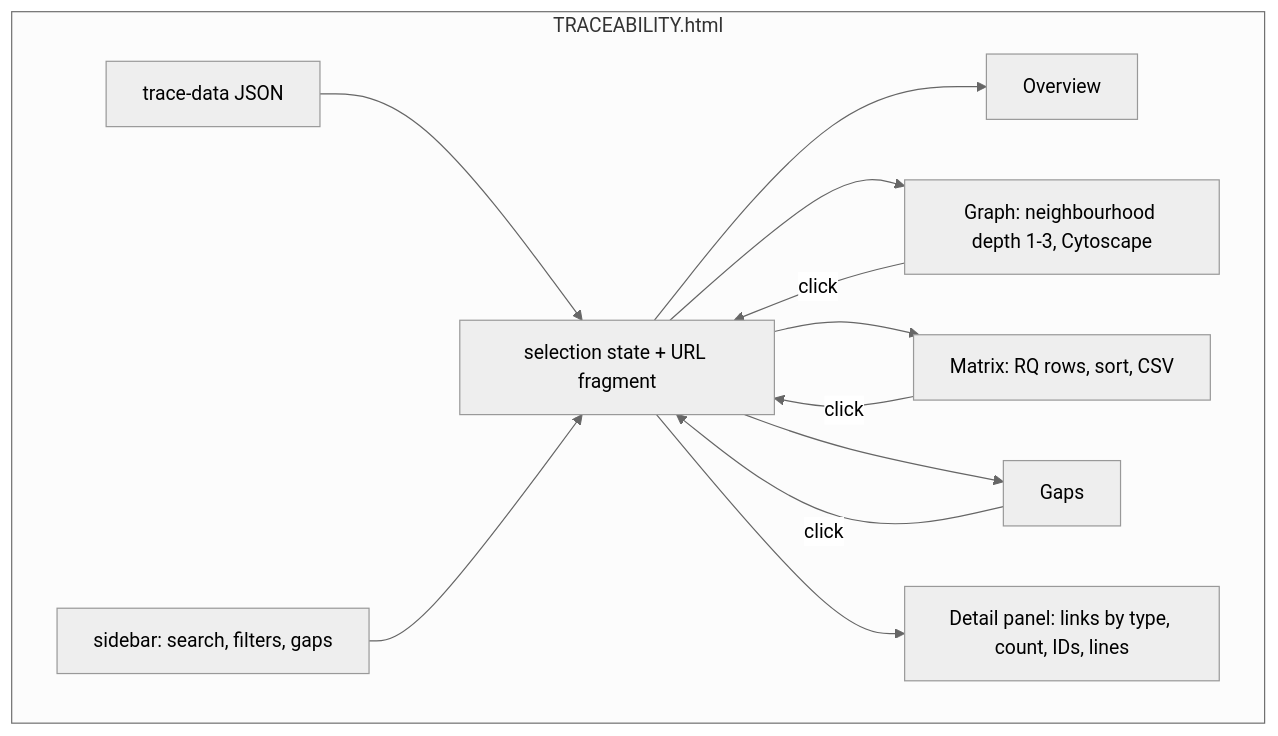
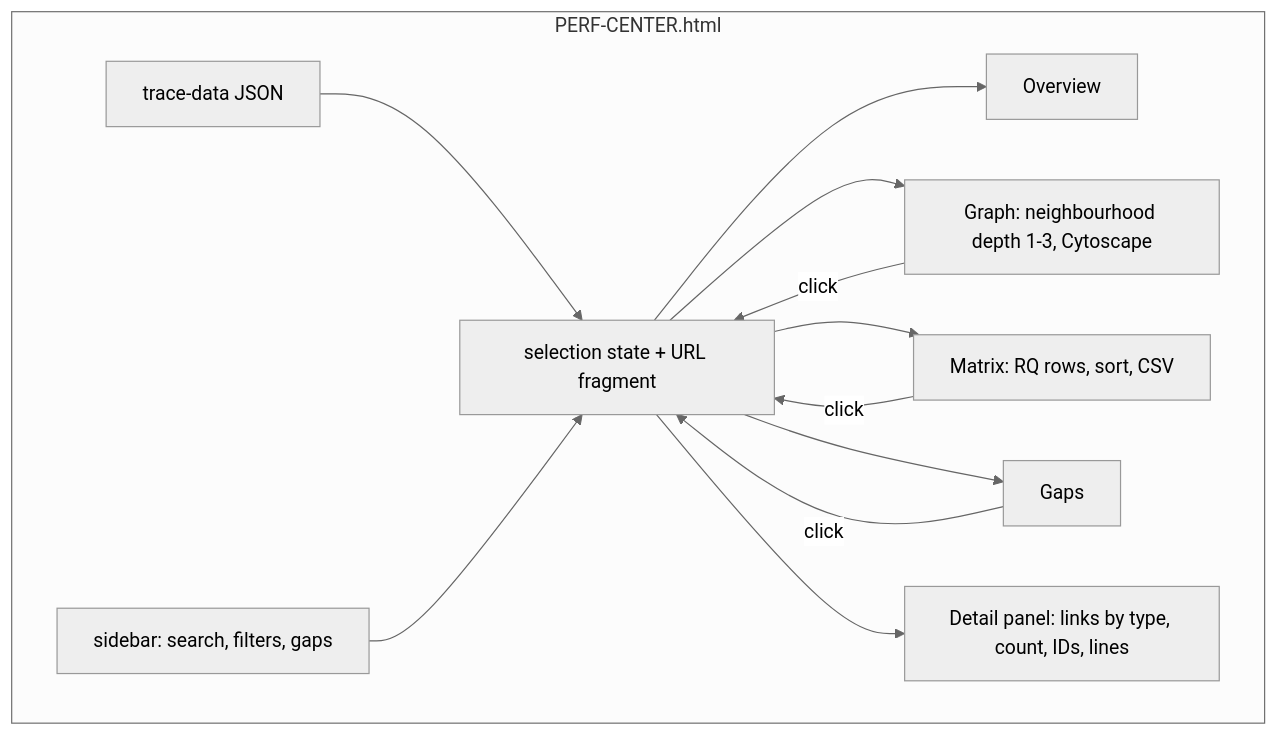
One commit to spashx/agnos changed the diagram in process/2.architecture/ADR-TRC-003-self-contained-page-and-graph.md. Above: the diagram before and after it, drawn with Mermaid (neutral theme). The commit also changed other lines of this file and 147 other files, not shown here.

Commit message:
refactor(TRC): ADR-TRC-013/TASK-TRC-089 agnos-trace becomes agnos-perf-center, as it monitors the process's execution on a project (RQ-TRC-104 to RQ-TRC-106)

````diff
--- a/process/2.architecture/ADR-TRC-003-self-contained-page-and-graph.md
+++ b/process/2.architecture/ADR-TRC-003-self-contained-page-and-graph.md
@@ -81,15 +82,15 @@
 ```mermaid
 flowchart TB
-    subgraph Page[TRACEABILITY.html]
+    subgraph Page[PERF-CENTER.html]
       D[trace-data JSON] --> S[selection state + URL fragment]
       SB[sidebar: search, filters, gaps] --> S
       S --> OV[Overview]
       S --> GR[Graph: neighbourhood depth 1-3, Cytoscape]
       S --> MX[Matrix: RQ rows, sort, CSV]
       S --> GP[Gaps]
       S --> DP[Detail panel: links by type, count, IDs, lines]
       GR -->|click| S
       MX -->|click| S
       GP -->|click| S
     end
 ```
````
